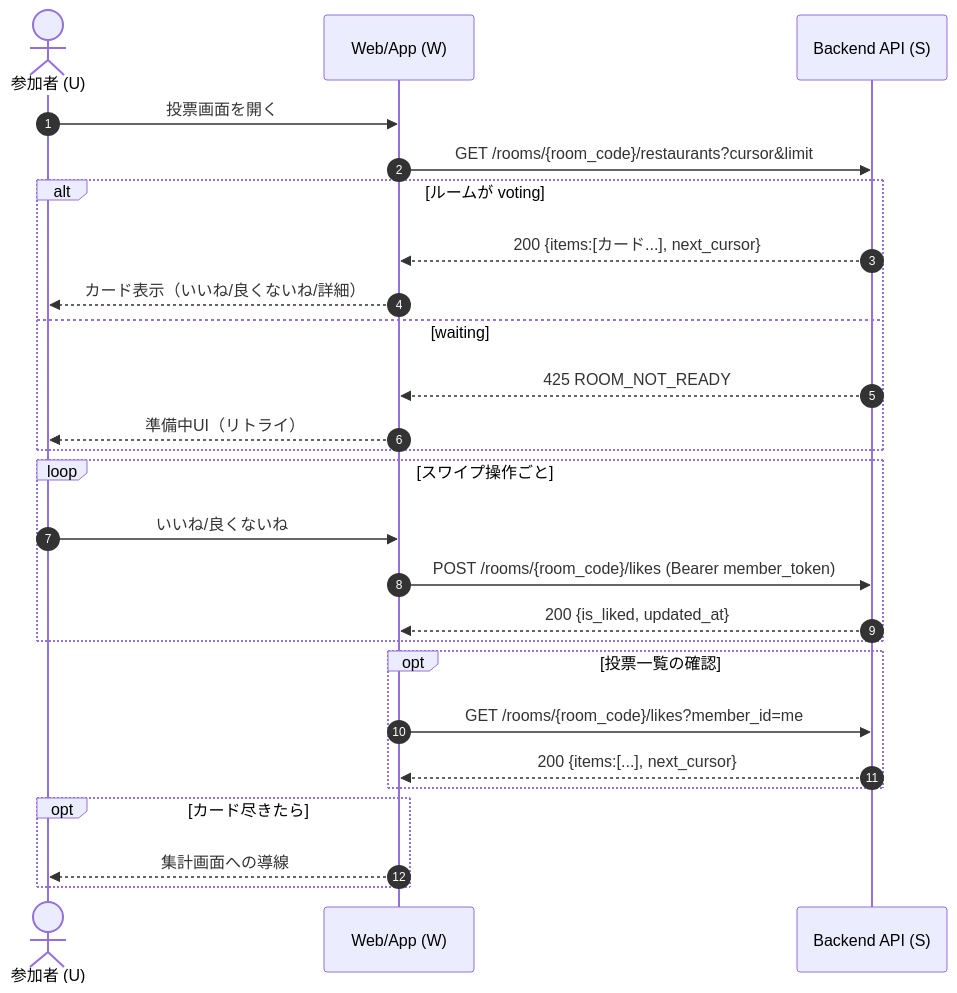
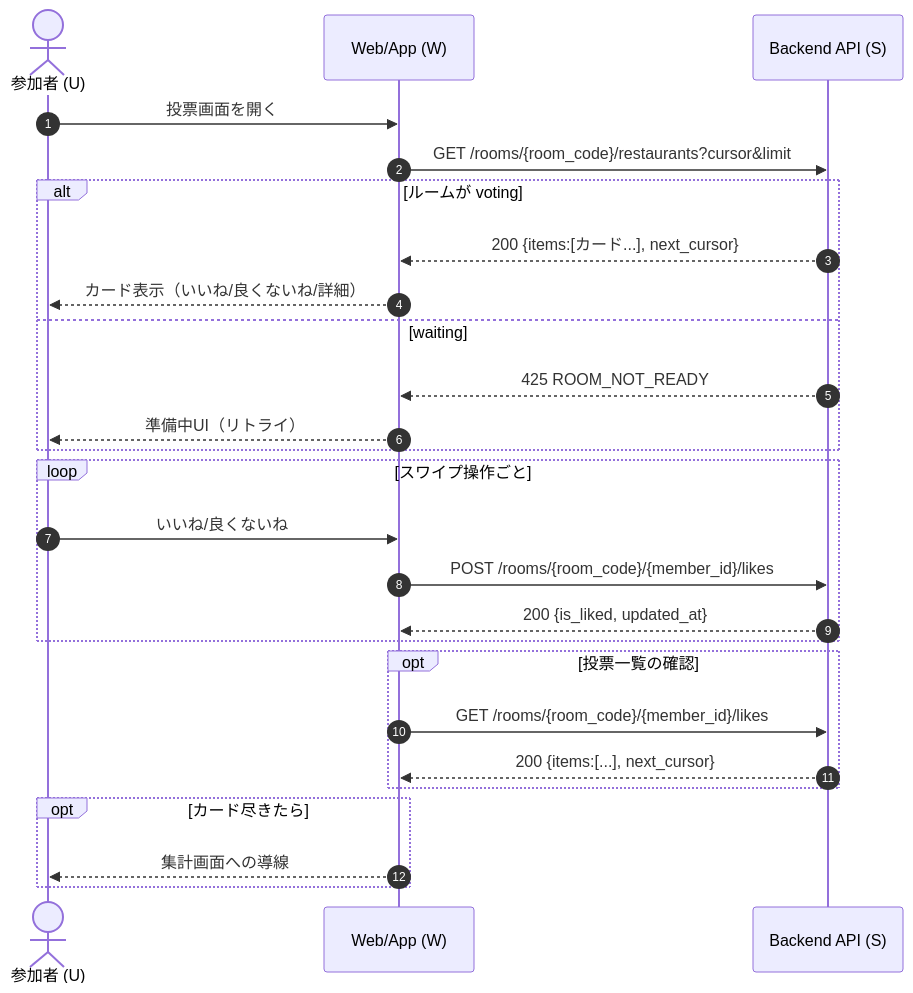
The fifth of 9 diagrams in docs/sequence.md (jphacks/os_2504), drawn with Mermaid before and after one commit. The commit also changed other lines of this file and 10 other files, not shown here.

````diff
--- a/docs/sequence.md
+++ b/docs/sequence.md
@@ -113,33 +111,33 @@
 ```mermaid
 sequenceDiagram
     autonumber
     actor U as 参加者 (U)
     participant W as Web/App (W)
     participant S as Backend API (S)
 
     U->>W: 投票画面を開く
     W->>S: GET /rooms/{room_code}/restaurants?cursor&limit
     alt ルームが voting
         S-->>W: 200 {items:[カード...], next_cursor}
         W-->>U: カード表示（いいね/良くないね/詳細）
     else waiting
         S-->>W: 425 ROOM_NOT_READY
         W-->>U: 準備中UI（リトライ）
     end
 
     loop スワイプ操作ごと
         U->>W: いいね/良くないね
-        W->>S: POST /rooms/{room_code}/likes (Bearer member_token)
+        W->>S: POST /rooms/{room_code}/{member_id}/likes
         S-->>W: 200 {is_liked, updated_at}
     end
 
     opt 投票一覧の確認
-        W->>S: GET /rooms/{room_code}/likes?member_id=me
+        W->>S: GET /rooms/{room_code}/{member_id}/likes
         S-->>W: 200 {items:[...], next_cursor}
     end
 
     opt カード尽きたら
         W-->>U: 集計画面への導線
     end
 
 ```
````
